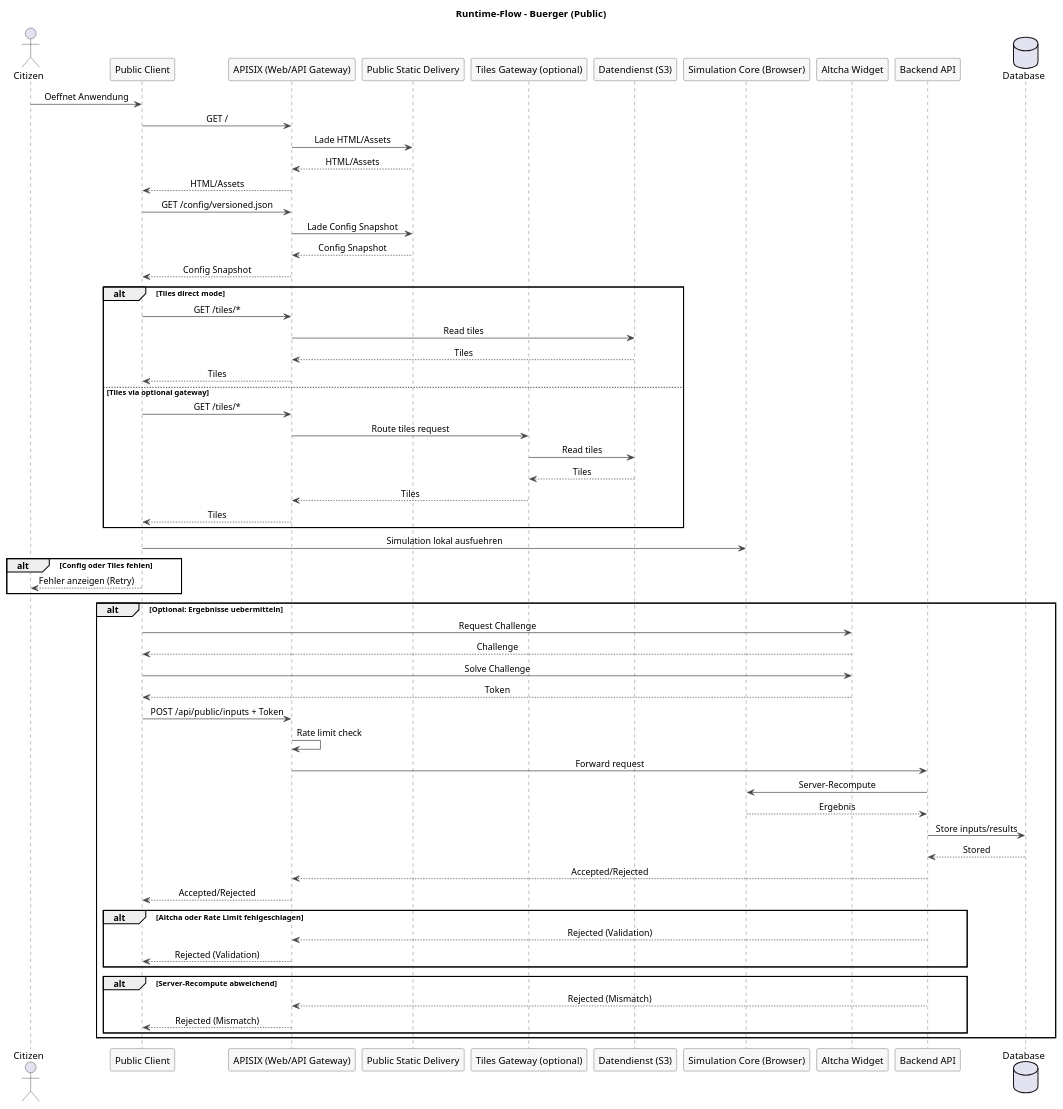
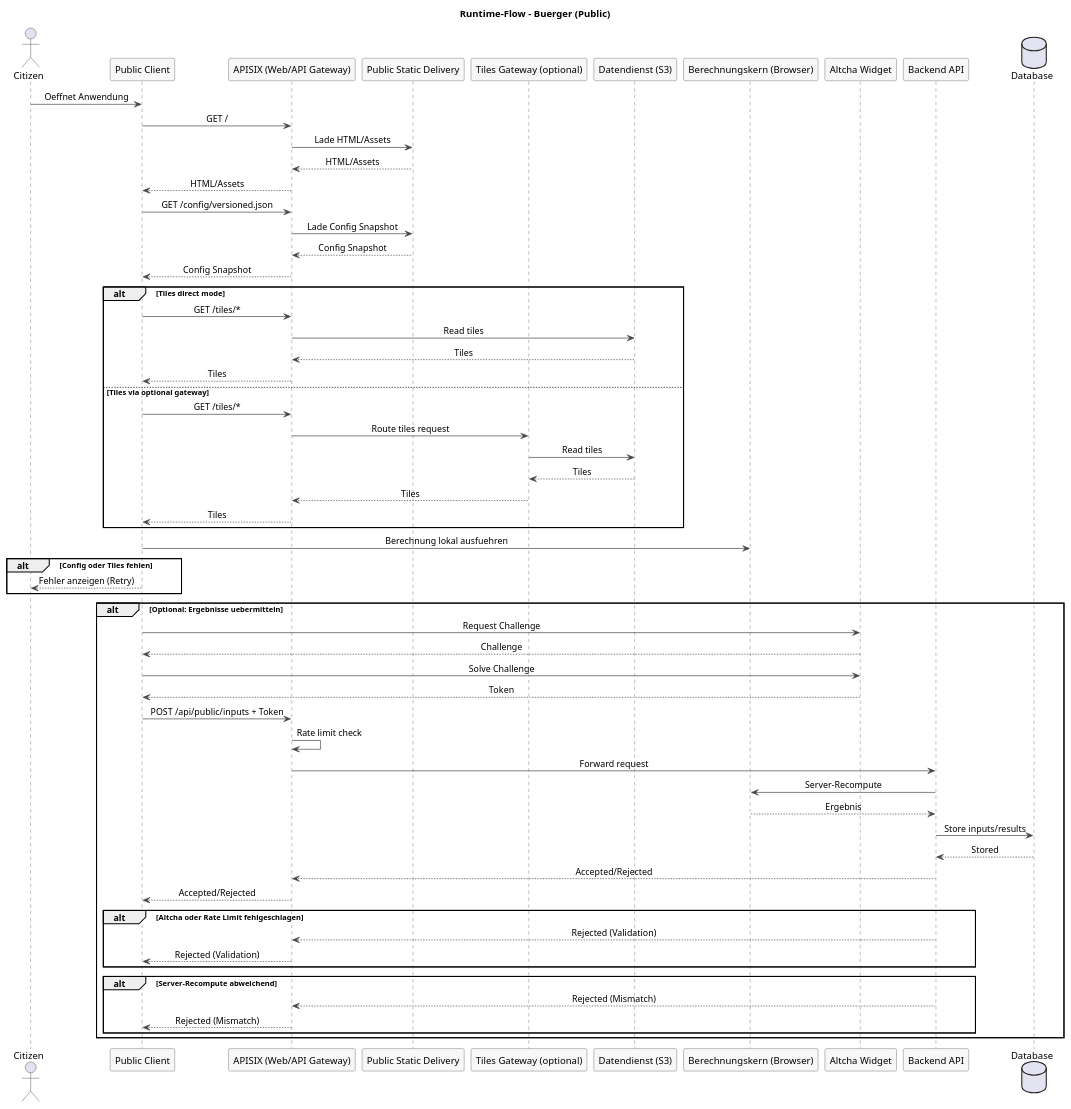
Before and after one commit to csi-FOXBYTE/Regensburg_DigitalerEnergieZwilling_Backend: the diagram in docs/architecture/raw/runtime-flow-public.puml, drawn with PlantUML. The commit also changed other lines of this file and 36 other files, not shown here.

Commit message:
change sim/simulation to calc/calculation

```diff
--- a/docs/architecture/raw/runtime-flow-public.puml
+++ b/docs/architecture/raw/runtime-flow-public.puml
@@ -1,83 +1,83 @@
 @startuml
 skinparam sequenceMessageAlign center
 skinparam responseMessageBelowArrow true
 skinparam sequence {
   ParticipantBorderColor #444444
   ParticipantBackgroundColor #F7F7F7
   LifeLineBorderColor #444444
   ArrowColor #444444
   NoteBorderColor #444444
   NoteBackgroundColor #F7F7F7
 }
 
 title Runtime-Flow - Buerger (Public)
 
 actor Citizen as user
 participant "Public Client" as client
 participant "APISIX (Web/API Gateway)" as gateway
 participant "Public Static Delivery" as public_static
 participant "Tiles Gateway (optional)" as tiles
 participant "Datendienst (S3)" as s3
-participant "Simulation Core (Browser)" as sim
+participant "Berechnungskern (Browser)" as calc
 participant "Altcha Widget" as altcha
 participant "Backend API" as api
 database "Database" as db
 
 user -> client: Oeffnet Anwendung
 client -> gateway: GET /
 gateway -> public_static: Lade HTML/Assets
 public_static --> gateway: HTML/Assets
 gateway --> client: HTML/Assets
 
 client -> gateway: GET /config/versioned.json
 gateway -> public_static: Lade Config Snapshot
 public_static --> gateway: Config Snapshot
 gateway --> client: Config Snapshot
 
 alt Tiles direct mode
   client -> gateway: GET /tiles/*
   gateway -> s3: Read tiles
   s3 --> gateway: Tiles
   gateway --> client: Tiles
 else Tiles via optional gateway
   client -> gateway: GET /tiles/*
   gateway -> tiles: Route tiles request
   tiles -> s3: Read tiles
   s3 --> tiles: Tiles
   tiles --> gateway: Tiles
   gateway --> client: Tiles
 end
 
-client -> sim: Simulation lokal ausfuehren
+client -> calc: Berechnung lokal ausfuehren
 
 alt Config oder Tiles fehlen
   client --> user: Fehler anzeigen (Retry)
 end
 
 alt Optional: Ergebnisse uebermitteln
   client -> altcha: Request Challenge
   altcha --> client: Challenge
   client -> altcha: Solve Challenge
   altcha --> client: Token
   client -> gateway: POST /api/public/inputs + Token
   gateway -> gateway: Rate limit check
   gateway -> api: Forward request
-  api -> sim: Server-Recompute
-  sim --> api: Ergebnis
+  api -> calc: Server-Recompute
+  calc --> api: Ergebnis
   api -> db: Store inputs/results
   db --> api: Stored
   api --> gateway: Accepted/Rejected
   gateway --> client: Accepted/Rejected
 
   alt Altcha oder Rate Limit fehlgeschlagen
     api --> gateway: Rejected (Validation)
     gateway --> client: Rejected (Validation)
   end
 
   alt Server-Recompute abweichend
     api --> gateway: Rejected (Mismatch)
     gateway --> client: Rejected (Mismatch)
   end
 end
 
 @enduml
```
